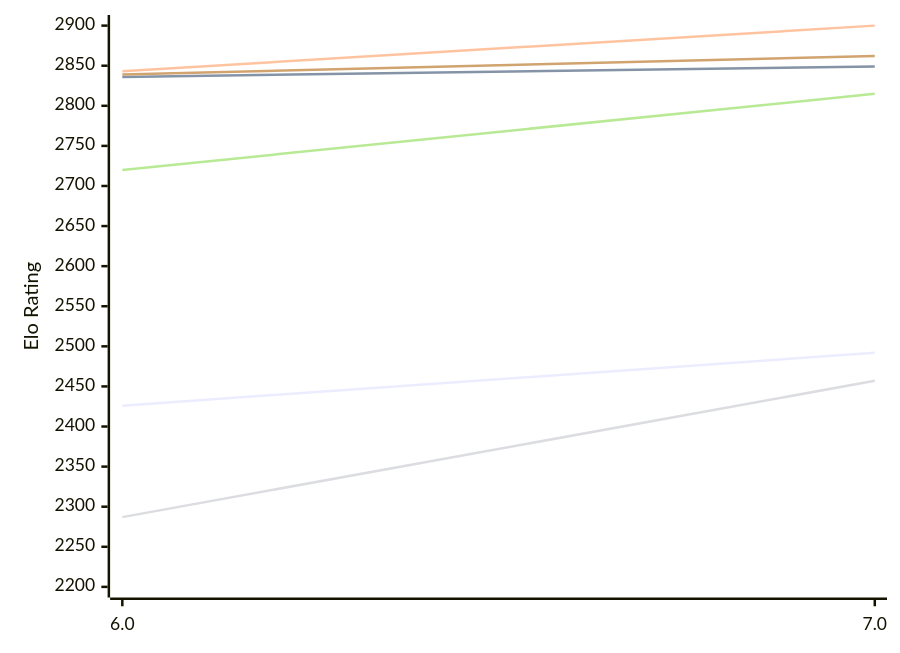
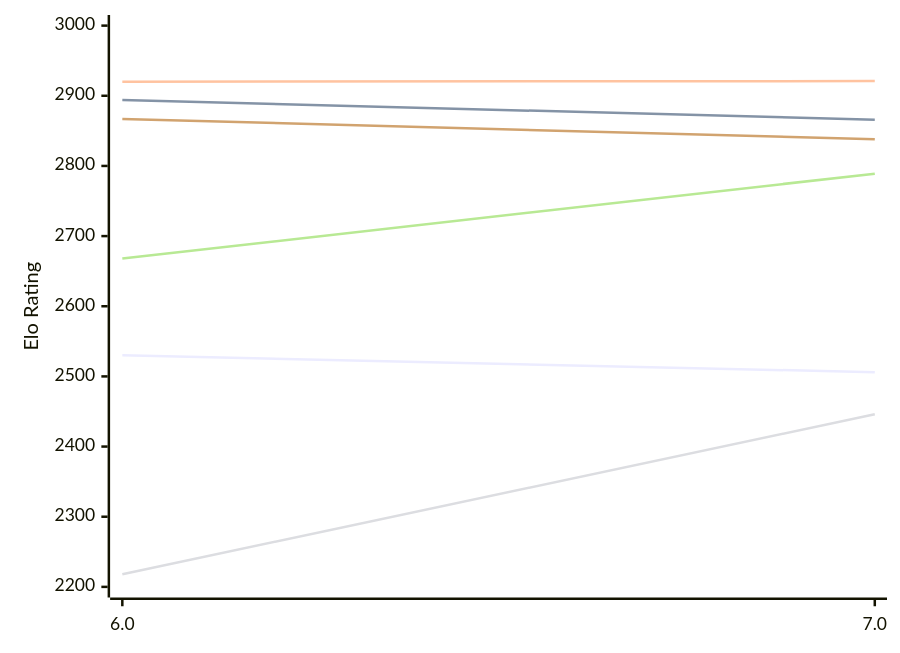
Before and after one commit to computer-chess-index/cci: the first of 2 diagrams in engines/tomitankChess.md, drawn with Mermaid. The commit also changed other lines of this file, not shown here.

Commit message:
Update CCI Ratings (ELO VLTC) - 2026-11-14

````diff
--- a/engines/tomitankChess.md
+++ b/engines/tomitankChess.md
@@ -51,12 +51,12 @@
 ```mermaid
 %%{init: {"theme":"base","themeVariables":{"seriesColors:['#a3a3a3','#222221','#faa371']}}}%%
 xychart-beta
   x-axis ["6.0", "7.0"]
-  y-axis "Elo Rating" 2200 --> 2900
-  line "E1: STC (8.0+0.08s)" [2426, 2492]
-  line "E1: LTC (60.0+0.60s)" [2836, 2849]
-  line "E1: VLTC (2m24s+1.12s)" [2843, 2900]
-  line "P1: STC (8.0+0.08s)" [2287, 2457]
-  line "P1: LTC (60.0+0.60s)" [2720, 2815]
-  line "P1: VLTC (2m24s+1.12s)" [2839, 2862]
+  y-axis "Elo Rating" 2200 --> 3000
+  line "E1: STC (8.0+0.08s)" [2530, 2506]
+  line "E1: LTC (60.0+0.60s)" [2894, 2866]
+  line "E1: VLTC (2m24s+1.12s)" [2920, 2921]
+  line "P1: STC (8.0+0.08s)" [2218, 2446]
+  line "P1: LTC (60.0+0.60s)" [2668, 2789]
+  line "P1: VLTC (2m24s+1.12s)" [2867, 2838]
 ```
````
